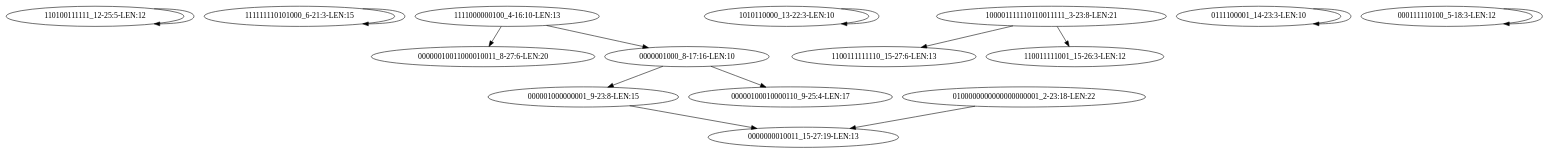
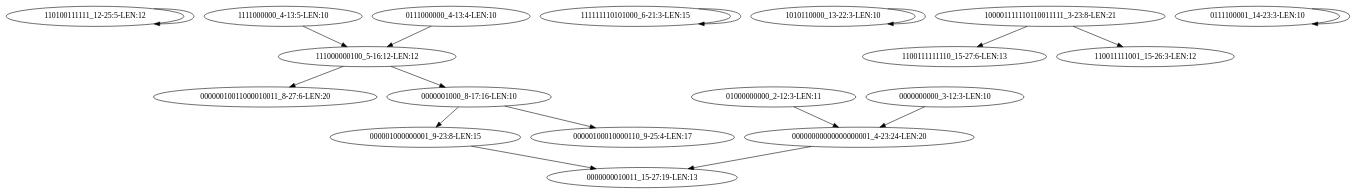
The diagram in mussels/all-min5/intermediate/tips_removed_round2.dot (bluenote-1577/devider-test), drawn with Graphviz before and after one commit. The commit also changed 181 other files, not shown here.

```diff
--- a/mussels/all-min5/intermediate/tips_removed_round2.dot
+++ b/mussels/all-min5/intermediate/tips_removed_round2.dot
@@ -1,15 +1,18 @@
 digraph G {
     "110100111111_12-25:5-LEN:12" -> "110100111111_12-25:5-LEN:12";
+    "1111000000_4-13:5-LEN:10" -> "111000000100_5-16:12-LEN:12";
+    "01000000000_2-12:3-LEN:11" -> "00000000000000000001_4-23:24-LEN:20";
     "111111110101000_6-21:3-LEN:15" -> "111111110101000_6-21:3-LEN:15";
-    "1111000000100_4-16:10-LEN:13" -> "00000010011000010011_8-27:6-LEN:20";
-    "1111000000100_4-16:10-LEN:13" -> "0000001000_8-17:16-LEN:10";
+    "0000000000_3-12:3-LEN:10" -> "00000000000000000001_4-23:24-LEN:20";
     "000001000000001_9-23:8-LEN:15" -> "0000000010011_15-27:19-LEN:13";
+    "00000000000000000001_4-23:24-LEN:20" -> "0000000010011_15-27:19-LEN:13";
     "1010110000_13-22:3-LEN:10" -> "1010110000_13-22:3-LEN:10";
+    "0111000000_4-13:4-LEN:10" -> "111000000100_5-16:12-LEN:12";
     "100001111110110011111_3-23:8-LEN:21" -> "1100111111110_15-27:6-LEN:13";
     "100001111110110011111_3-23:8-LEN:21" -> "110011111001_15-26:3-LEN:12";
     "0111100001_14-23:3-LEN:10" -> "0111100001_14-23:3-LEN:10";
-    "0100000000000000000001_2-23:18-LEN:22" -> "0000000010011_15-27:19-LEN:13";
+    "111000000100_5-16:12-LEN:12" -> "00000010011000010011_8-27:6-LEN:20";
+    "111000000100_5-16:12-LEN:12" -> "0000001000_8-17:16-LEN:10";
     "0000001000_8-17:16-LEN:10" -> "00000100010000110_9-25:4-LEN:17";
     "0000001000_8-17:16-LEN:10" -> "000001000000001_9-23:8-LEN:15";
-    "000111110100_5-18:3-LEN:12" -> "000111110100_5-18:3-LEN:12";
 }
```
